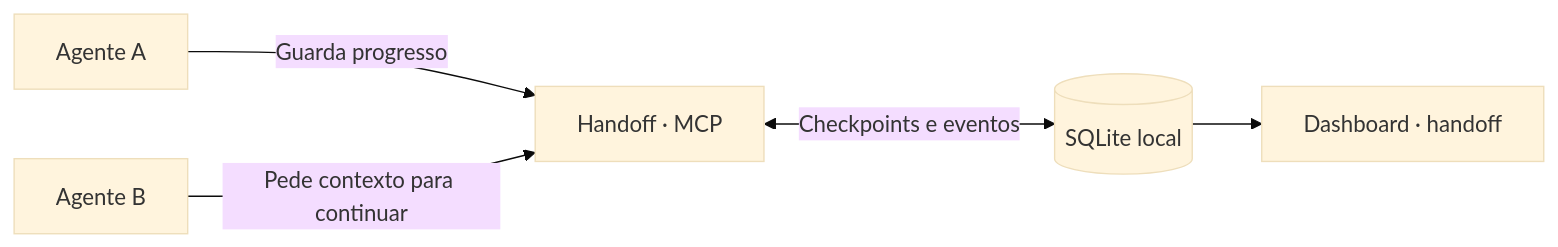
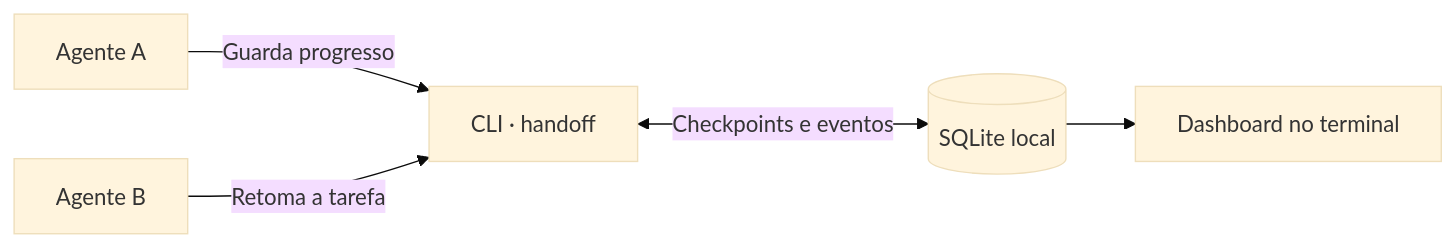
The diagram in README.md (tiagoc211/handoff), drawn with Mermaid (base theme) before and after one commit. The commit also changed other lines of this file and 9 other files, not shown here.

Commit message:
cli only. no mcp

````diff
--- a/README.md
+++ b/README.md
@@ -5,7 +5,7 @@
 ```mermaid
 flowchart LR
-    A[Agente A] -->|Guarda progresso| M[Handoff · MCP]
-    B[Agente B] -->|Pede contexto para continuar| M
-    M <-->|Checkpoints e eventos| D[(SQLite local)]
-    D --> T[Dashboard · handoff]
+    A[Agente A] -->|Guarda progresso| C[CLI · handoff]
+    B[Agente B] -->|Retoma a tarefa| C
+    C <-->|Checkpoints e eventos| D[(SQLite local)]
+    D --> T[Dashboard no terminal]
 ```
````
